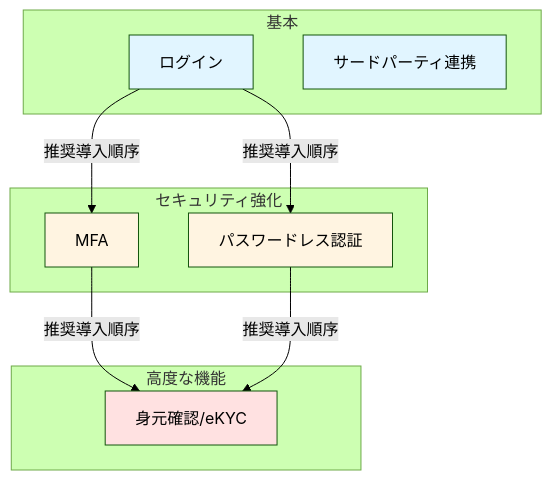
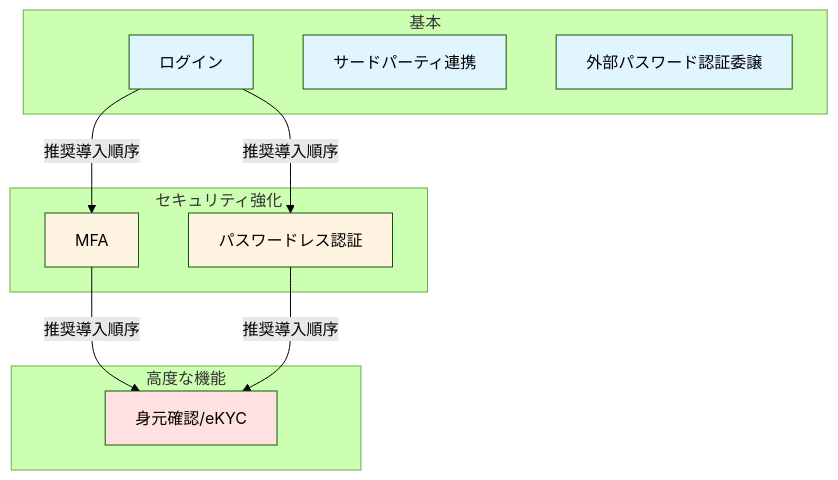
Before and after one commit to hirokazu-kobayashi-koba-hiro/idp-server: the diagram in documentation/docs/content_02_quickstart/quickstart-03-common-use-cases.md, drawn with Mermaid (forest theme). The commit also changed other lines of this file and 19 other files, not shown here.

````diff
--- a/documentation/docs/content_02_quickstart/quickstart-03-common-use-cases.md
+++ b/documentation/docs/content_02_quickstart/quickstart-03-common-use-cases.md
@@ -9,27 +9,29 @@
 ```mermaid
 graph TB
     subgraph 基本
         A[ログイン]
         E[サードパーティ連携]
+        F[外部パスワード認証委譲]
     end
 
     subgraph セキュリティ強化
         B[MFA]
         C[パスワードレス認証]
     end
 
     subgraph 高度な機能
         D[身元確認/eKYC]
     end
 
     A -->|推奨導入順序| B
     A -->|推奨導入順序| C
     B -->|推奨導入順序| D
     C -->|推奨導入順序| D
 
     style A fill:#e1f5ff
     style E fill:#e1f5ff
     style B fill:#fff4e1
     style C fill:#fff4e1
+    style F fill:#e1f5ff
     style D fill:#ffe1e1
 ```
````
